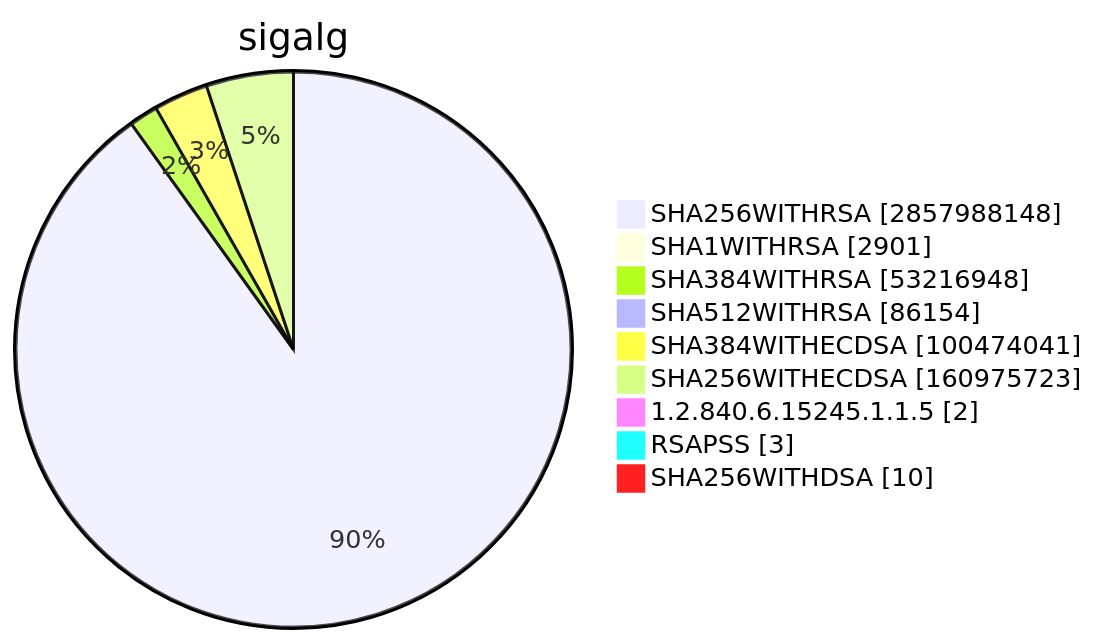
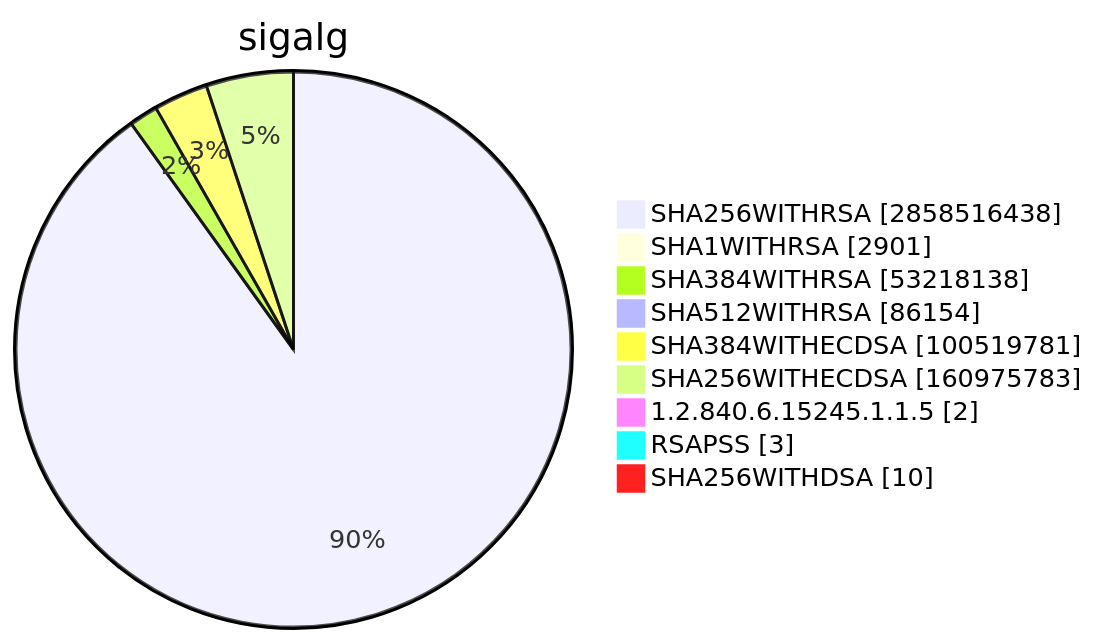
Diagram 15 of 15 in TOTAL/README.md (christiankrug/ctmonitor_visualization), drawn with Mermaid before and after one commit. The commit also changed other lines of this file, not shown here.

````diff
--- a/TOTAL/README.md
+++ b/TOTAL/README.md
@@ -6207,13 +6207,13 @@
 ```mermaid
 pie showData
 title sigalg
-"SHA256WITHRSA" :2857988148
+"SHA256WITHRSA" :2858516438
 "SHA1WITHRSA" :2901
-"SHA384WITHRSA" :53216948
+"SHA384WITHRSA" :53218138
 "SHA512WITHRSA" :86154
-"SHA384WITHECDSA" :100474041
-"SHA256WITHECDSA" :160975723
+"SHA384WITHECDSA" :100519781
+"SHA256WITHECDSA" :160975783
 "1.2.840.6.15245.1.1.5" :2
 "RSAPSS" :3
 "SHA256WITHDSA" :10
 ```
````
